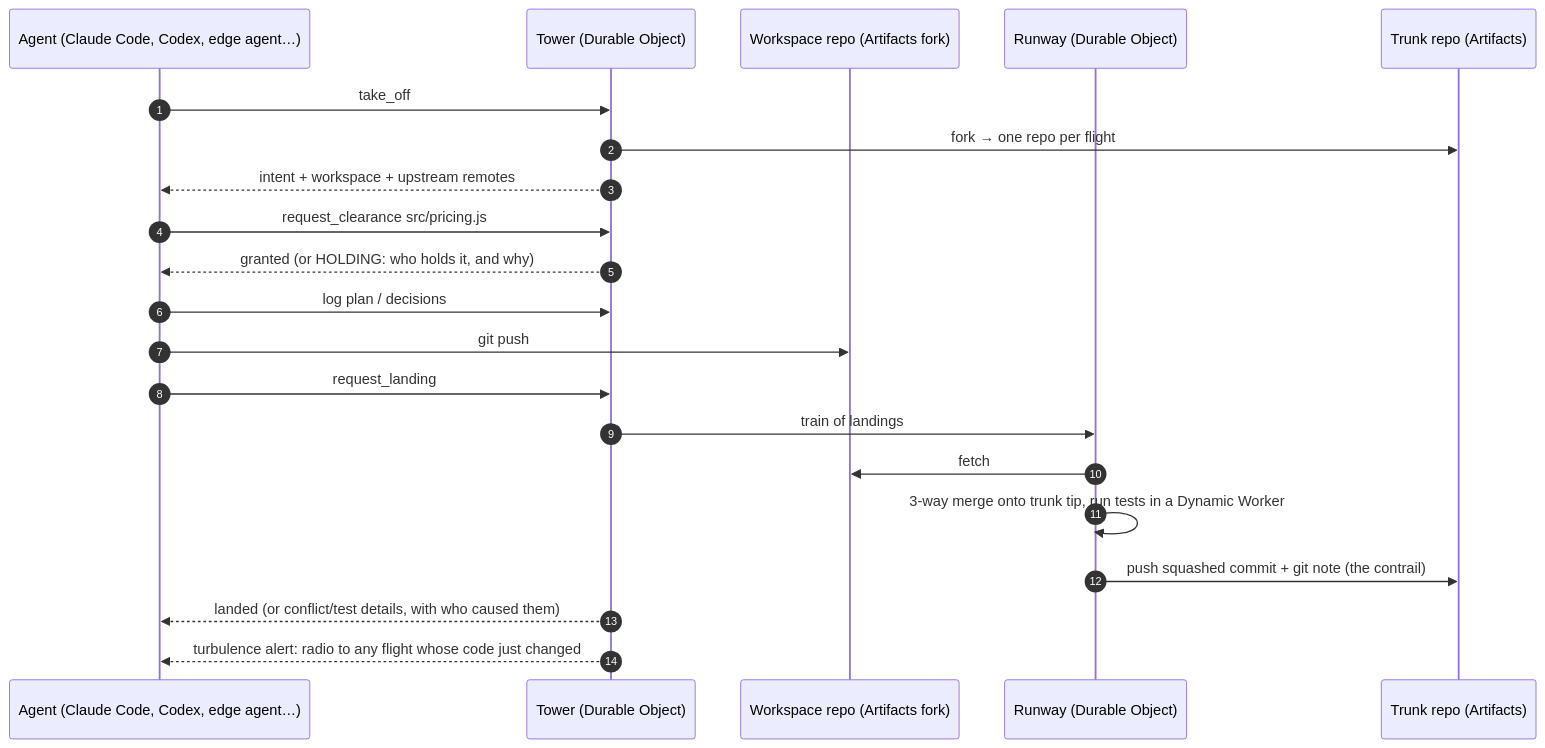
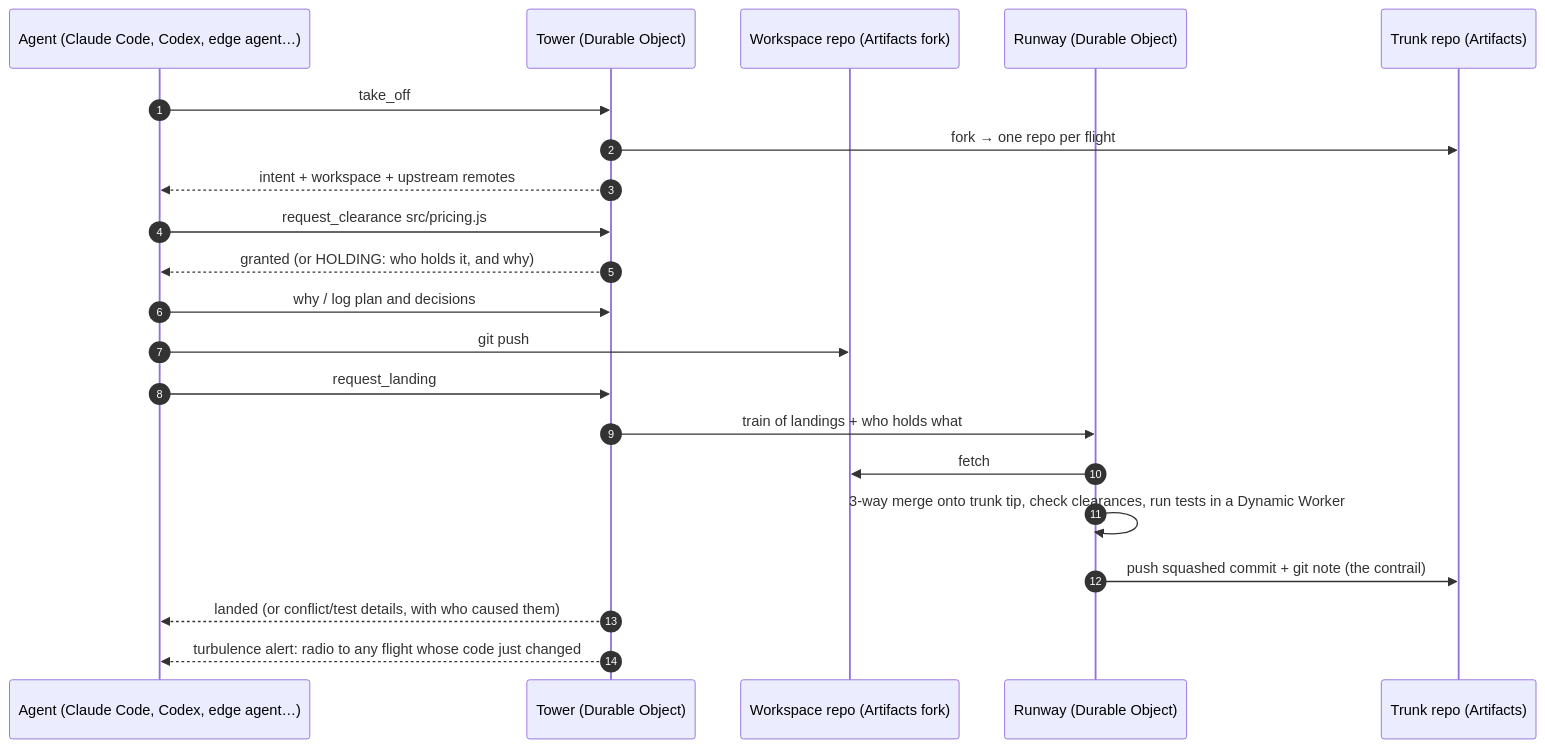
The first of 2 diagrams in README.md (mikey92/contrail), drawn with Mermaid before and after one commit. The commit also changed other lines of this file and 7 other files, not shown here.

````diff
--- a/README.md
+++ b/README.md
@@ -31,23 +35,23 @@
 ```mermaid
 sequenceDiagram
     autonumber
     participant A as Agent (Claude Code, Codex, edge agent…)
     participant T as Tower (Durable Object)
     participant F as Workspace repo (Artifacts fork)
     participant R as Runway (Durable Object)
     participant K as Trunk repo (Artifacts)
     A->>T: take_off
     T->>K: fork → one repo per flight
     T-->>A: intent + workspace + upstream remotes
     A->>T: request_clearance src/pricing.js#subtotal
     T-->>A: granted (or HOLDING: who holds it, and why)
-    A->>T: log plan / decisions
+    A->>T: why / log plan and decisions
     A->>F: git push
     A->>T: request_landing
-    T->>R: train of landings
+    T->>R: train of landings + who holds what
     R->>F: fetch
-    R->>R: 3-way merge onto trunk tip, run tests in a Dynamic Worker
+    R->>R: 3-way merge onto trunk tip, check clearances, run tests in a Dynamic Worker
     R->>K: push squashed commit + git note (the contrail)
     T-->>A: landed (or conflict/test details, with who caused them)
     T-->>A: turbulence alert: radio to any flight whose code just changed
 ```
````
